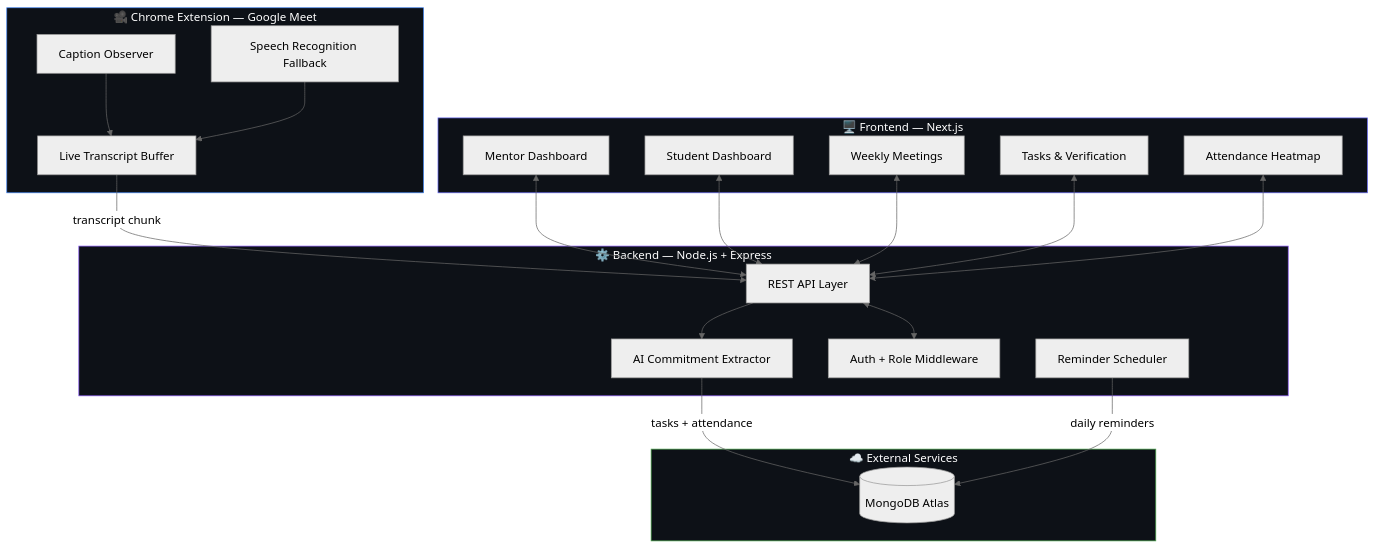
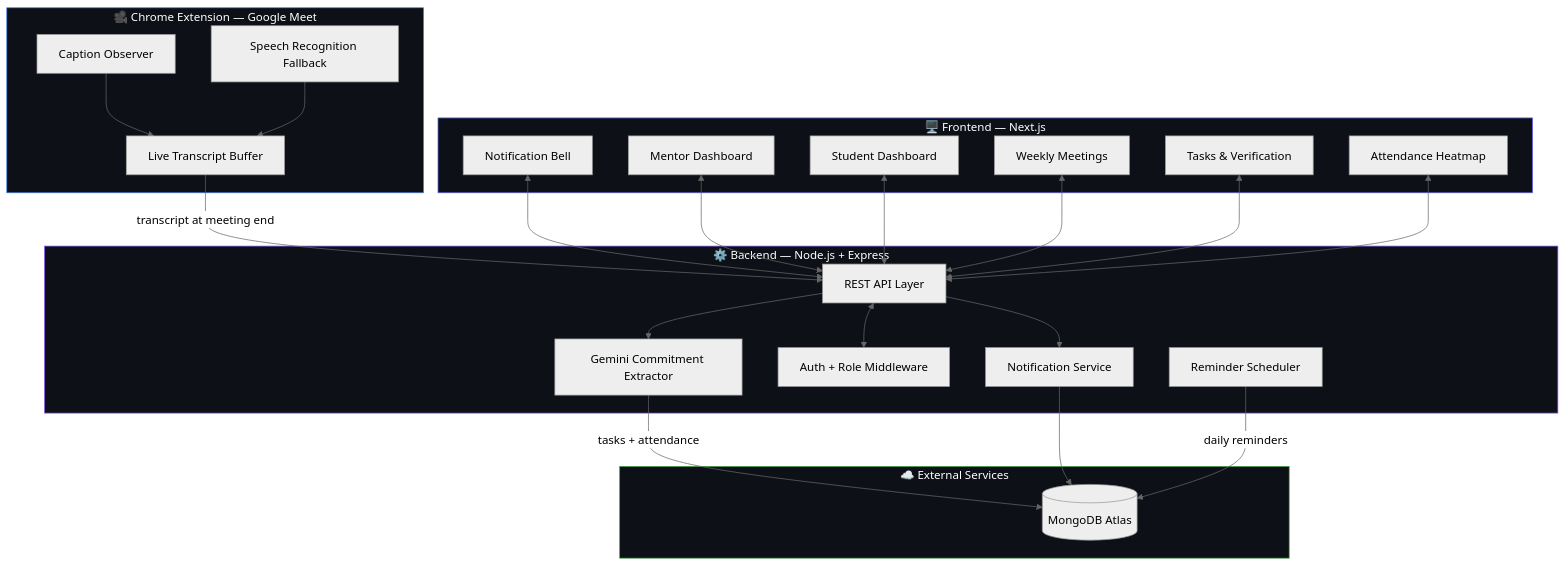
One commit to mittalsaks/MeetingMind changed the second of 3 diagrams in Readme.md. Above: the diagram before and after it, drawn with Mermaid (neutral theme). The commit also changed other lines of this file and 8 other files, not shown here.

````diff
--- a/Readme.md
+++ b/Readme.md
@@ -86,44 +151,49 @@
 ```mermaid
 flowchart TB
     subgraph EXT["🎥 Chrome Extension — Google Meet"]
         CAP[Caption Observer]
         SR[Speech Recognition Fallback]
         CAP --> BUF[Live Transcript Buffer]
         SR --> BUF
     end
 
     subgraph FE["🖥️ Frontend — Next.js"]
         DASH[Mentor Dashboard]
         STU[Student Dashboard]
         MEET[Weekly Meetings]
         TASK[Tasks & Verification]
         ATT[Attendance Heatmap]
+        NOTIF[Notification Bell]
     end
 
     subgraph BE["⚙️ Backend — Node.js + Express"]
         API[REST API Layer]
-        AI[AI Commitment Extractor]
+        AI[Gemini Commitment Extractor]
         AUTH[Auth + Role Middleware]
         SCHED[Reminder Scheduler]
+        NOTIFSVC[Notification Service]
     end
 
     subgraph EXTSVC["☁️ External Services"]
         MONGO[(MongoDB Atlas)]
     end
 
-    BUF -->|transcript chunk| API
+    BUF -->|transcript at meeting end| API
     API --> AI
     AI -->|tasks + attendance| MONGO
+    API --> NOTIFSVC
+    NOTIFSVC --> MONGO
+    NOTIF <--> API
     API <--> AUTH
     SCHED -->|daily reminders| MONGO
     DASH <--> API
     STU <--> API
     MEET <--> API
     TASK <--> API
     ATT <--> API
 
     style EXT fill:#0d1117,stroke:#4285F4,color:#ffffff
     style FE fill:#0d1117,stroke:#6366F1,color:#ffffff
     style BE fill:#0d1117,stroke:#8B5CF6,color:#ffffff
     style EXTSVC fill:#0d1117,stroke:#47A248,color:#ffffff
 ```
````
